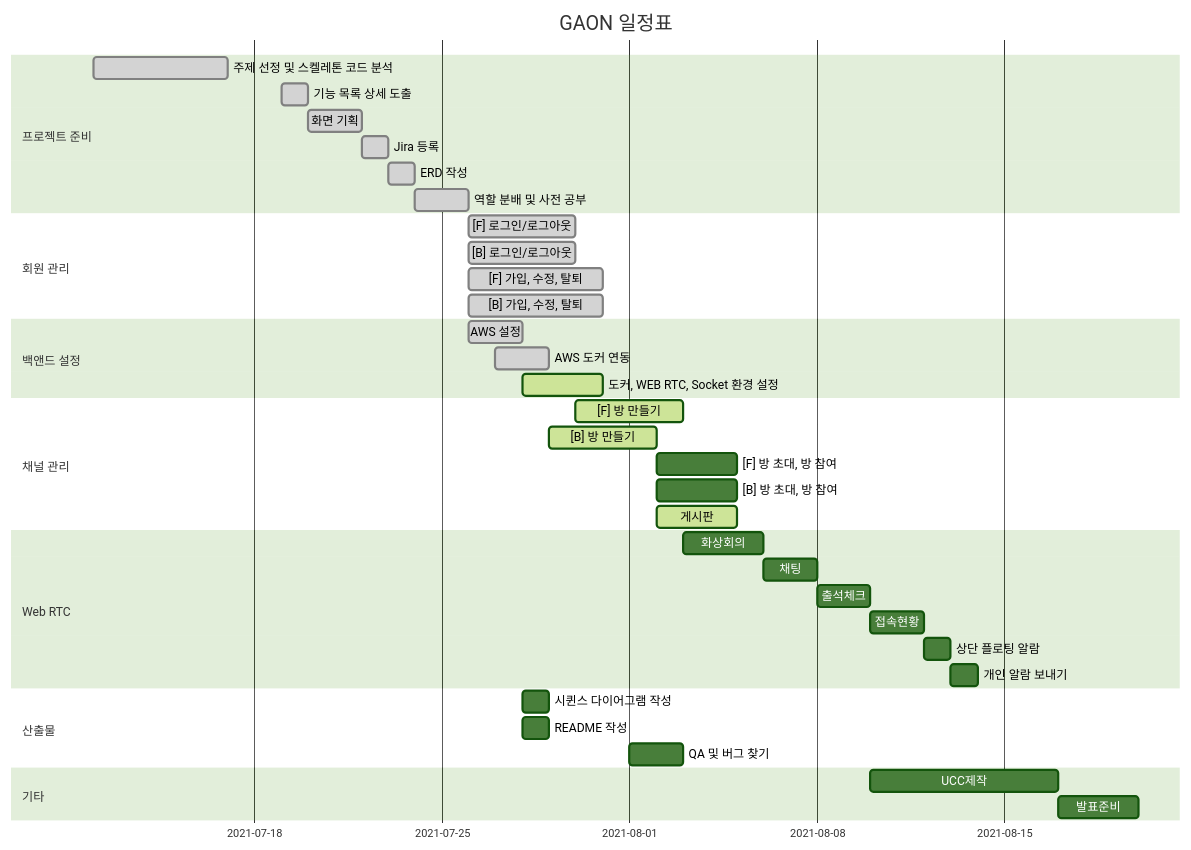
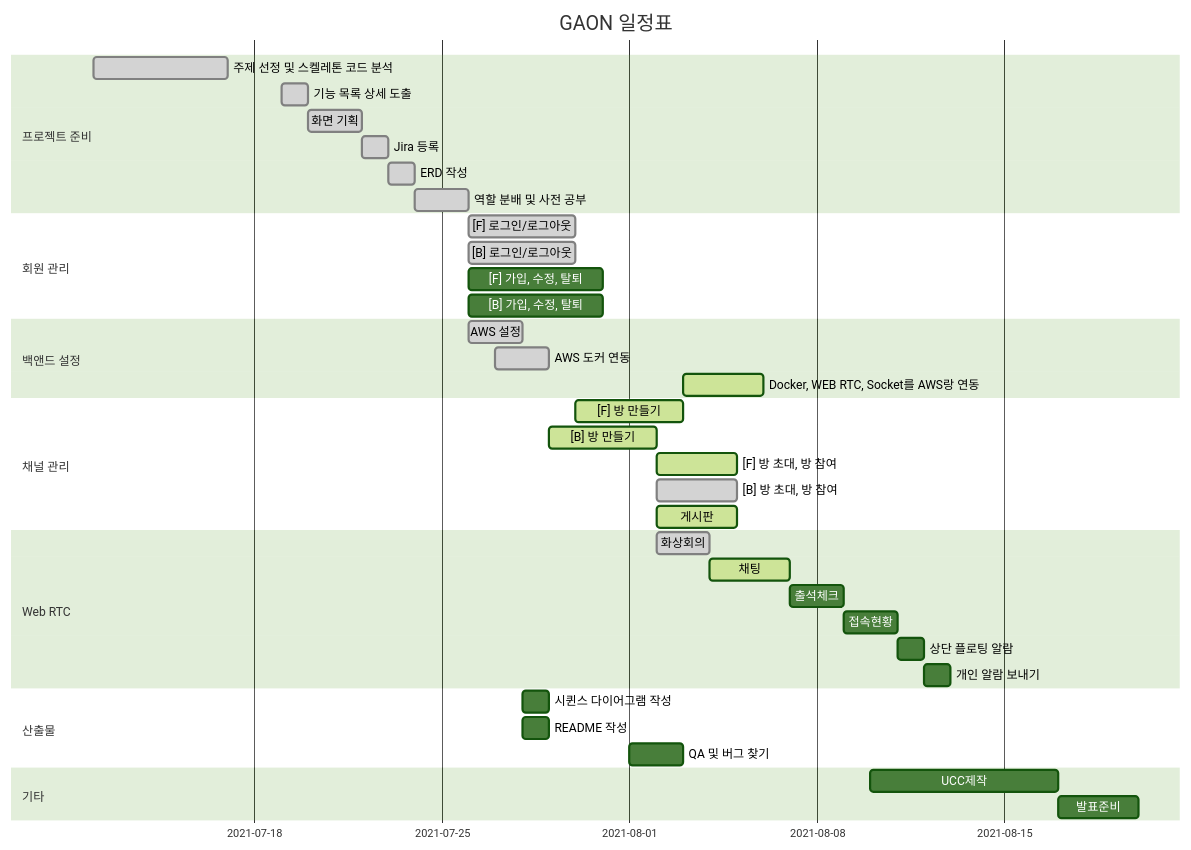
One commit to WangHoJin/GAON changed the diagram in README.md. Above: the diagram before and after it, drawn with Mermaid (forest theme).

````diff
--- a/README.md
+++ b/README.md
@@ -5,52 +5,52 @@
 ```mermaid
 gantt
     dateFormat  MM-DD
     title       GAON 일정표
     %% excludes    weekends
     %% (`excludes` accepts specific dates in YYYY-MM-DD format, days of the week ("sunday") or "weekends", but not the word "weekdays".)
 
     section 프로젝트 준비
     주제 선정 및 스켈레톤 코드 분석	:done, 07-12, 5d
     기능 목록 상세 도출		   :done, 07-19, 1d
     화면 기획				  :done,07-20, 2d
    	Jira 등록		: done, 07-22, 1d
     ERD 작성		: done, 07-23, 1d
     역할 분배 및 사전 공부		: done, 07-24, 2d
    
     
 	  section 회원 관리
     [F] 로그인/로그아웃		: done, 07-26, 4d
     [B] 로그인/로그아웃		: done, 07-26, 4d
-    [F] 가입, 수정, 탈퇴		 : done, 07-26, 5d
-    [B] 가입, 수정, 탈퇴		 : done, 07-26, 5d
+    [F] 가입, 수정, 탈퇴		 : 07-26, 5d
+    [B] 가입, 수정, 탈퇴		 : 07-26, 5d
      
    section 백앤드 설정
     AWS 설정		:done, 07-26, 2d
     AWS 도커 연동 : done, 07-27, 2d
-    도커, WEB RTC, Socket 환경 설정		 : active, 07-28, 3d
+    Docker, WEB RTC, Socket를 AWS랑 연동		 : active, 08-03, 3d
 
     section 채널 관리
     [F] 방 만들기 	: active, ch1, 07-30, 4d
     [B] 방 만들기 	: active, ch1, 07-29, 4d
-    [F] 방 초대, 방 참여   :  ch2, after ch1, 3d
-    [B] 방 초대, 방 참여   :  ch2, after ch1, 3d
+    [F] 방 초대, 방 참여   :  active, ch2, after ch1, 3d
+    [B] 방 초대, 방 참여   :  done, ch2, after ch1, 3d
    
     게시판 : active, 08-02, 3d
     
     section Web RTC
-    화상회의 : rtc1, 08-03, 3d
-    채팅     :rtc2, after rtc1, 2d
+    화상회의 : done, rtc1, 08-02, 2d
+    채팅      :active, rtc2, after rtc1, 3d
     출석체크   : rtc3, after rtc2, 2d
     접속현황  : rtc4, after rtc3, 2d
     상단 플로팅 알람 : rtc5, after rtc4, 1d
     개인 알람 보내기 : after rtc5, 1d
     
     section 산출물
     시퀸스 다이어그램 작성   :07-28, 1d
     README 작성  			:07-28, 1d
     QA 및 버그 찾기  	  :08-01, 2d
     
     section 기타
     UCC제작 :08-10, 7d
     발표준비 :08-17, 3d
 ```
````
